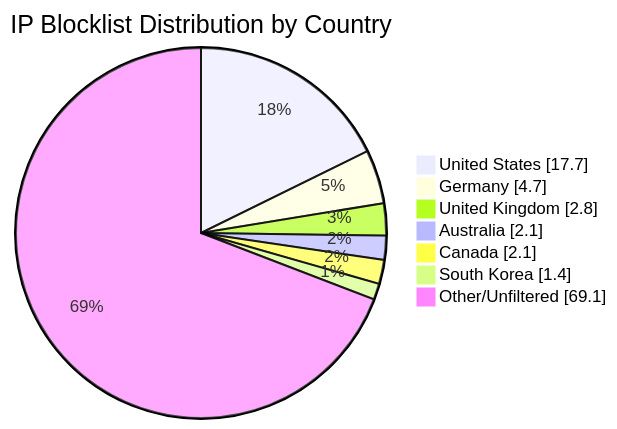
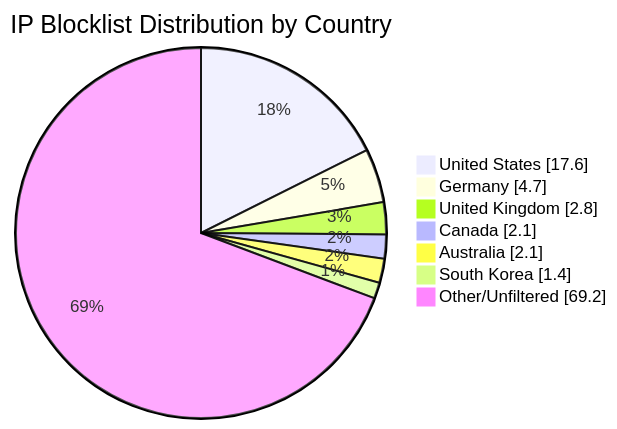
One commit to MarcusHoltz/ipblocklist-geofiltered-aggregator changed the diagram in README.md. Above: the diagram before and after it, drawn with Mermaid. The commit also changed other lines of this file and 9 other files, not shown here.

````diff
--- a/README.md
+++ b/README.md
@@ -34,10 +34,10 @@
 ```mermaid
 pie showData title IP Blocklist Distribution by Country
-"United States" : 17.7
+"United States" : 17.6
 "Germany" : 4.7
 "United Kingdom" : 2.8
+"Canada" : 2.1
 "Australia" : 2.1
-"Canada" : 2.1
 "South Korea" : 1.4
-"Other/Unfiltered" : 69.1
+"Other/Unfiltered" : 69.2
 ```
````
